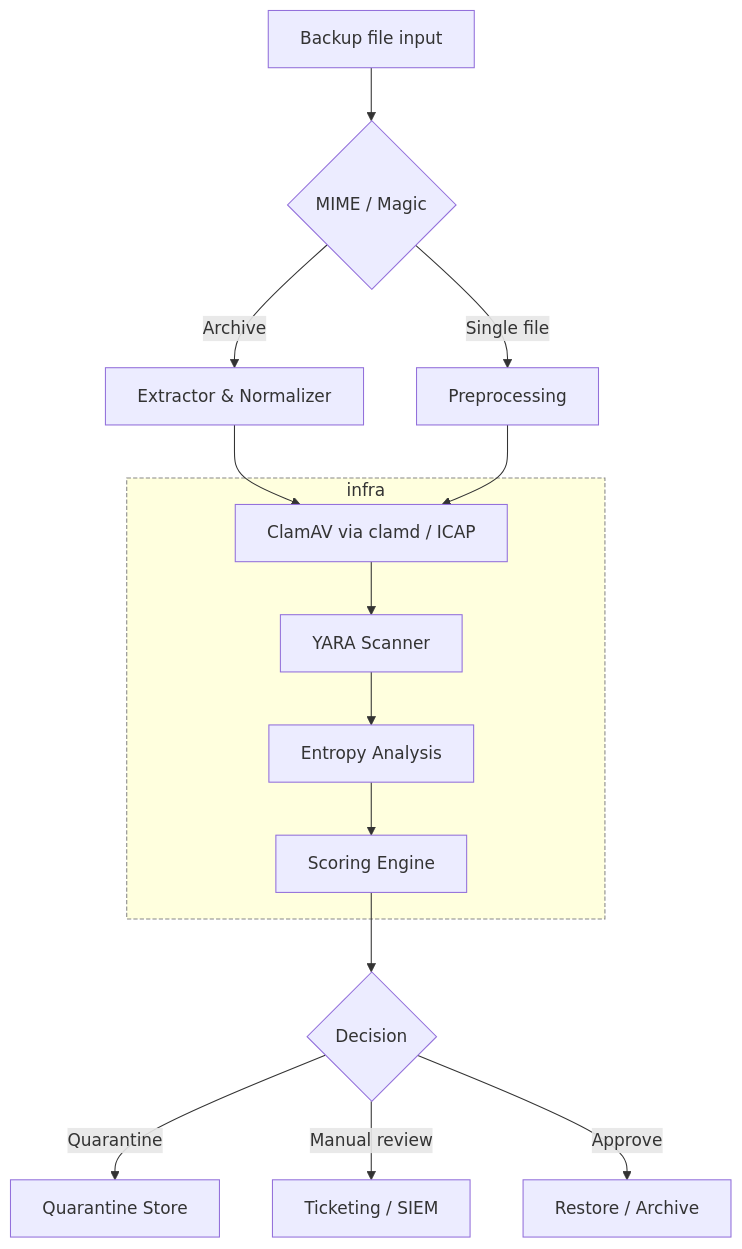
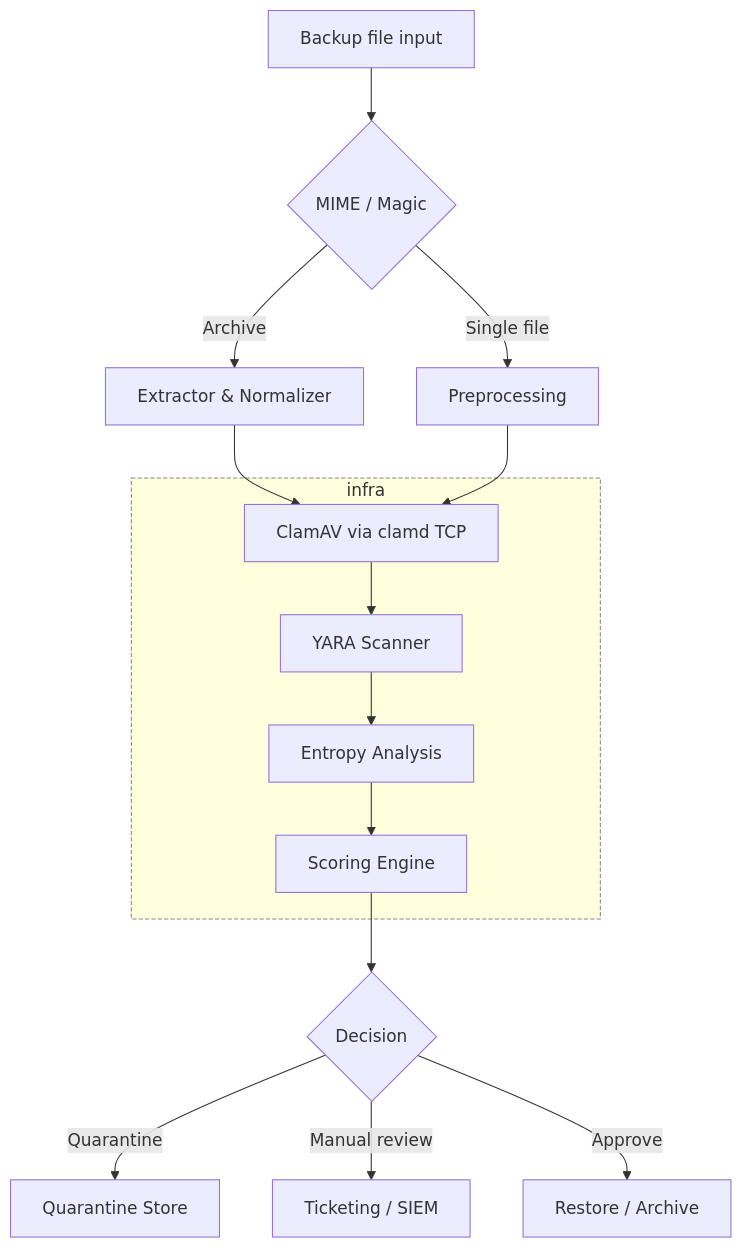
The diagram in README.md (jsturma/backuplens), drawn with Mermaid before and after one commit. The commit also changed other lines of this file and 2 other files, not shown here.

Commit message:
remove reference to ICAP

````diff
--- a/README.md
+++ b/README.md
@@ -7,26 +7,26 @@
 ```mermaid
 flowchart TD
 A[Backup file input] --> B{MIME / Magic}
 B --> |Archive| C[Extractor & Normalizer]
 B --> |Single file| D[Preprocessing]
-C --> E[ClamAV via clamd / ICAP]
+C --> E[ClamAV via clamd TCP]
 D --> E
 E --> F[YARA Scanner]
 F --> G[Entropy Analysis]
 G --> H[Scoring Engine]
 H --> I{Decision}
 I --> |Quarantine| J[Quarantine Store]
 I --> |Manual review| K[Ticketing / SIEM]
 I --> |Approve| L[Restore / Archive]
 
 
 subgraph infra
 E
 F
 G
 H
 end
 
 
 style infra stroke:#888,stroke-dasharray: 4 2
 ```
````
